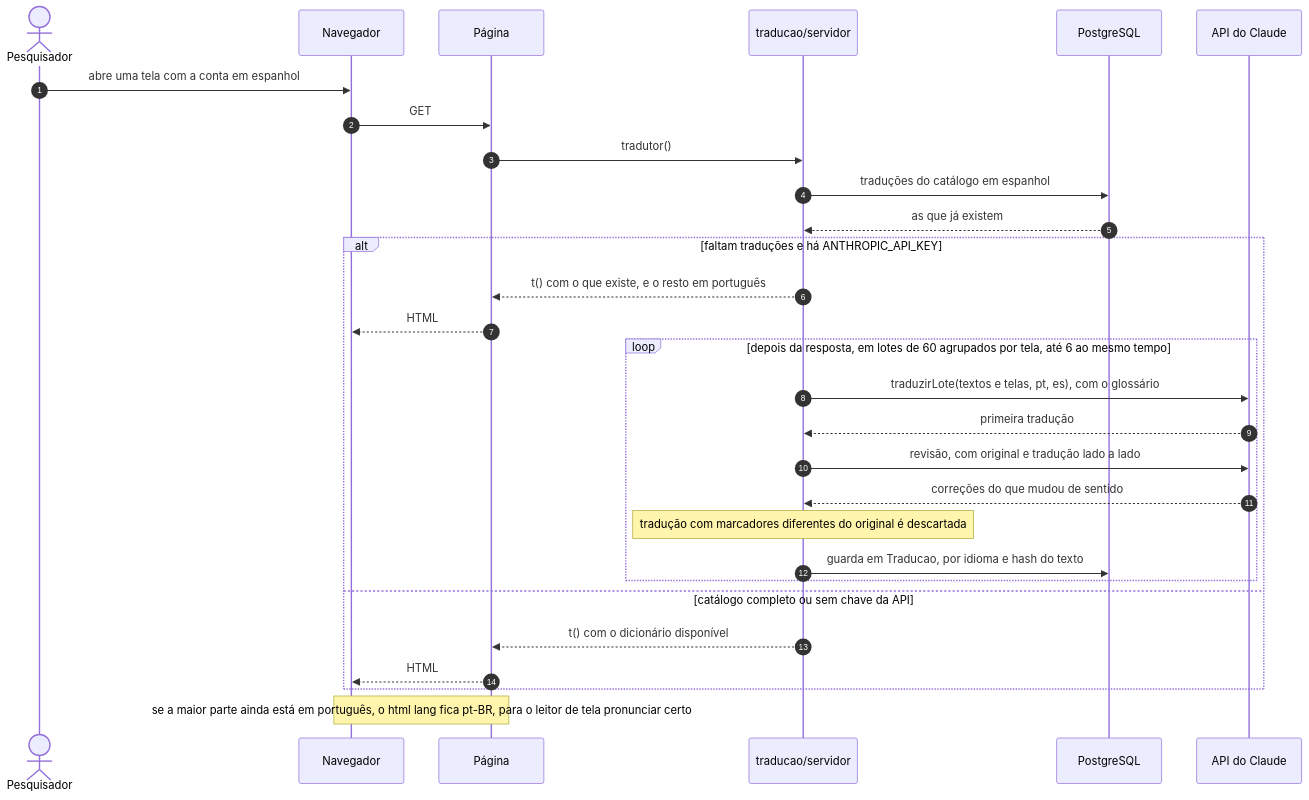
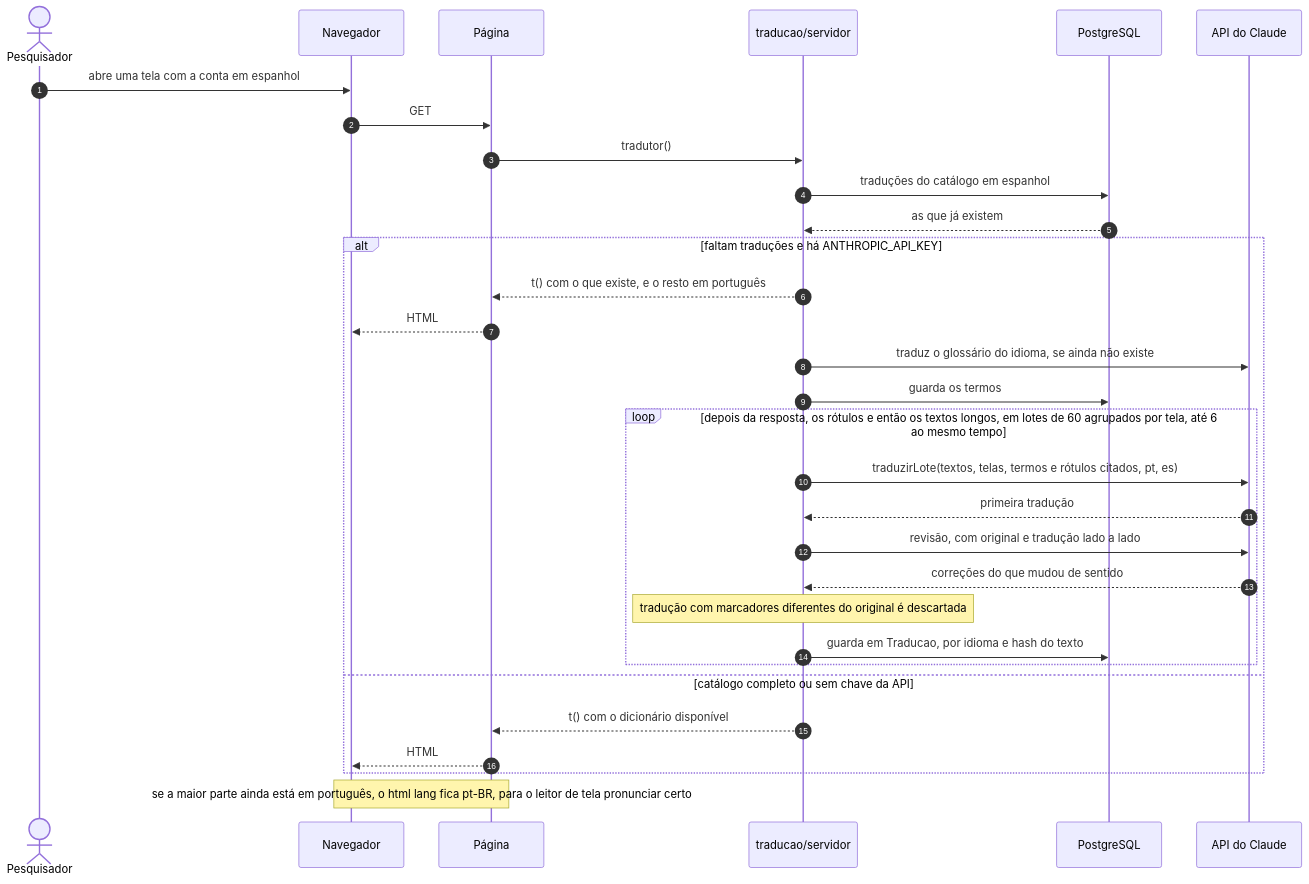
One commit to gabrielfjm/ueq_form_ihc changed the diagram in docs/documentacao/fontes/diagramas-de-sequencia-8.mmd. Above: the diagram before and after it, drawn with Mermaid. The commit also changed 16 other files, not shown here.

First line of the commit message:
traduz com um só termo por conceito e cita os botões pelo nome certo

```diff
--- a/docs/documentacao/fontes/diagramas-de-sequencia-8.mmd
+++ b/docs/documentacao/fontes/diagramas-de-sequencia-8.mmd
@@ -1,30 +1,32 @@
 sequenceDiagram
     autonumber
     actor Pesq as Pesquisador
     participant Nav as Navegador
     participant Pag as Página
     participant Trad as traducao/servidor
     participant BD as PostgreSQL
     participant Claude as API do Claude
 
     Pesq->>Nav: abre uma tela com a conta em espanhol
     Nav->>Pag: GET
     Pag->>Trad: tradutor()
     Trad->>BD: traduções do catálogo em espanhol
     BD-->>Trad: as que já existem
     alt faltam traduções e há ANTHROPIC_API_KEY
         Trad-->>Pag: t() com o que existe, e o resto em português
         Pag-->>Nav: HTML
-        loop depois da resposta, em lotes de 60 agrupados por tela, até 6 ao mesmo tempo
-            Trad->>Claude: traduzirLote(textos e telas, pt, es), com o glossário
+        Trad->>Claude: traduz o glossário do idioma, se ainda não existe
+        Trad->>BD: guarda os termos
+        loop depois da resposta, os rótulos e então os textos longos, em lotes de 60 agrupados por tela, até 6 ao mesmo tempo
+            Trad->>Claude: traduzirLote(textos, telas, termos e rótulos citados, pt, es)
             Claude-->>Trad: primeira tradução
             Trad->>Claude: revisão, com original e tradução lado a lado
             Claude-->>Trad: correções do que mudou de sentido
             Note over Trad: tradução com marcadores diferentes do original é descartada
             Trad->>BD: guarda em Traducao, por idioma e hash do texto
         end
     else catálogo completo ou sem chave da API
         Trad-->>Pag: t() com o dicionário disponível
         Pag-->>Nav: HTML
     end
     Note over Pag,Nav: se a maior parte ainda está em português, o html lang fica pt-BR, para o leitor de tela pronunciar certo
```
